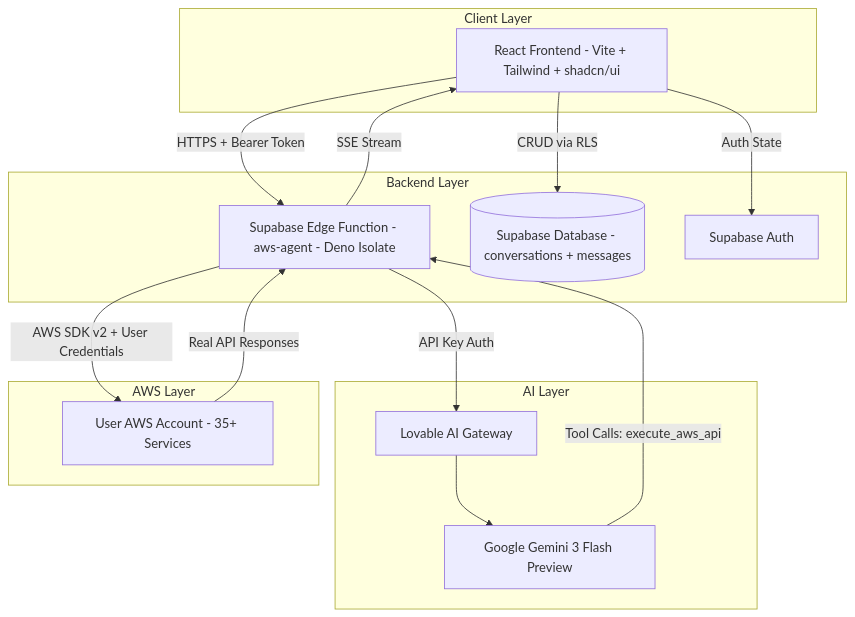
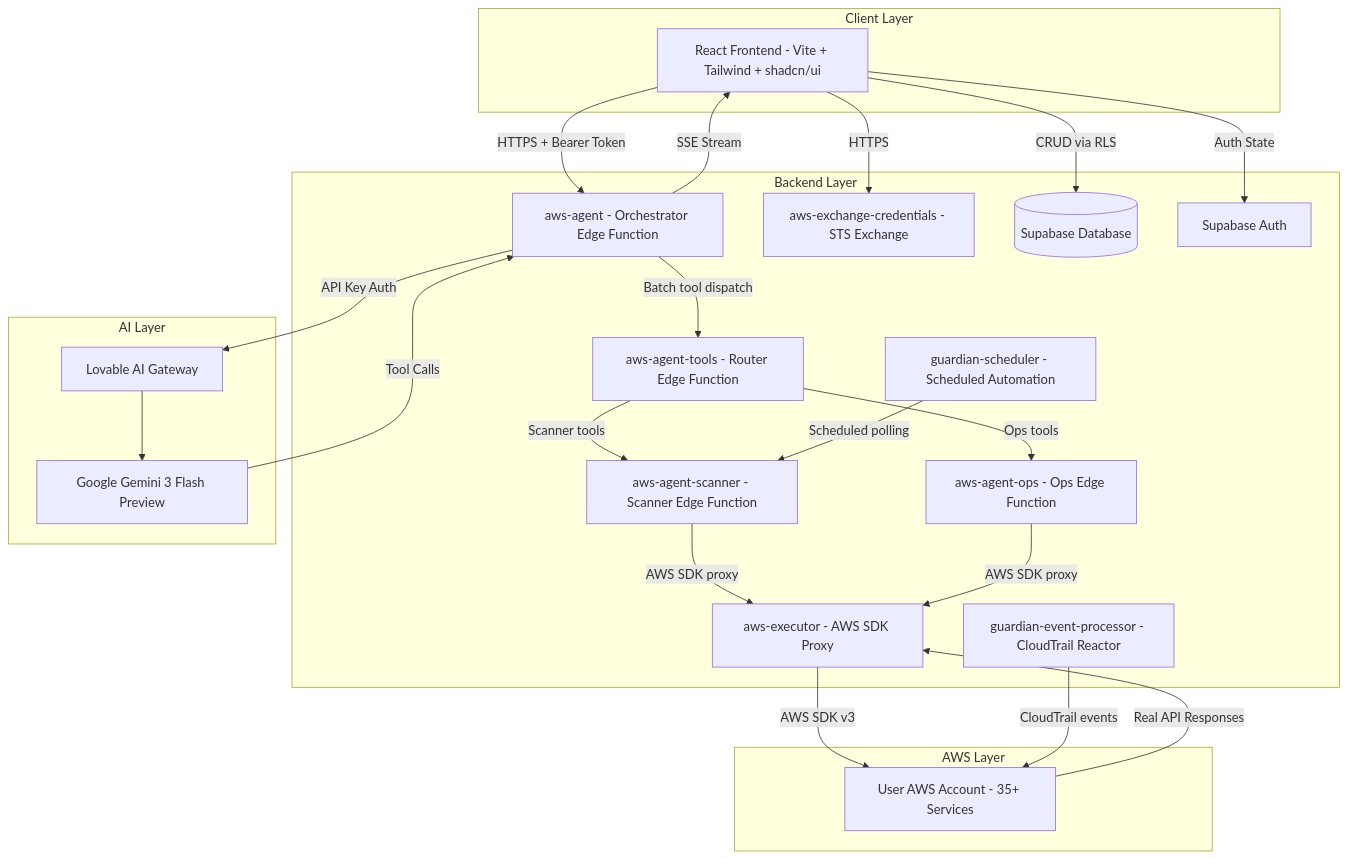
The first of 21 diagrams in TECHNICAL_DOCUMENTATION.md (ritvikindupuri/aws-ai-agent), drawn with Mermaid before and after one commit. The commit also changed other lines of this file, not shown here.

````diff
--- a/TECHNICAL_DOCUMENTATION.md
+++ b/TECHNICAL_DOCUMENTATION.md
@@ -112,31 +63,46 @@
 ```mermaid
 graph TB
     subgraph "Client Layer"
         A[React Frontend - Vite + Tailwind + shadcn/ui]
     end
 
     subgraph "Backend Layer"
-        B[Supabase Edge Function - aws-agent - Deno Isolate]
-        C[(Supabase Database - conversations + messages)]
+        B[aws-agent - Orchestrator Edge Function]
+        B2[aws-agent-tools - Router Edge Function]
+        B3[aws-agent-scanner - Scanner Edge Function]
+        B4[aws-agent-ops - Ops Edge Function]
+        B5[aws-executor - AWS SDK Proxy]
+        B6[aws-exchange-credentials - STS Exchange]
+        B7[guardian-scheduler - Scheduled Automation]
+        B8[guardian-event-processor - CloudTrail Reactor]
+        C[(Supabase Database)]
         D[Supabase Auth]
     end
 
     subgraph "AI Layer"
         E[Lovable AI Gateway]
         F[Google Gemini 3 Flash Preview]
     end
 
     subgraph "AWS Layer"
         G[User AWS Account - 35+ Services]
     end
 
     A -- "HTTPS + Bearer Token" --> B
+    A -- "HTTPS" --> B6
     A -- "Auth State" --> D
     A -- "CRUD via RLS" --> C
     B -- "API Key Auth" --> E
     E --> F
-    F -- "Tool Calls: execute_aws_api" --> B
-    B -- "AWS SDK v2 + User Credentials" --> G
-    G -- "Real API Responses" --> B
+    F -- "Tool Calls" --> B
+    B -- "Batch tool dispatch" --> B2
+    B2 -- "Scanner tools" --> B3
+    B2 -- "Ops tools" --> B4
+    B3 -- "AWS SDK proxy" --> B5
+    B4 -- "AWS SDK proxy" --> B5
+    B5 -- "AWS SDK v3" --> G
+    B7 -- "Scheduled polling" --> B3
+    B8 -- "CloudTrail events" --> G
+    G -- "Real API Responses" --> B5
     B -- "SSE Stream" --> A
 ```
````
